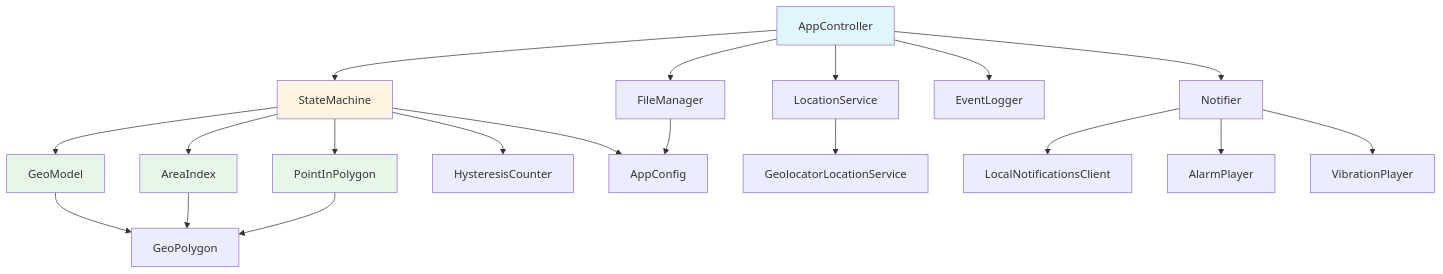
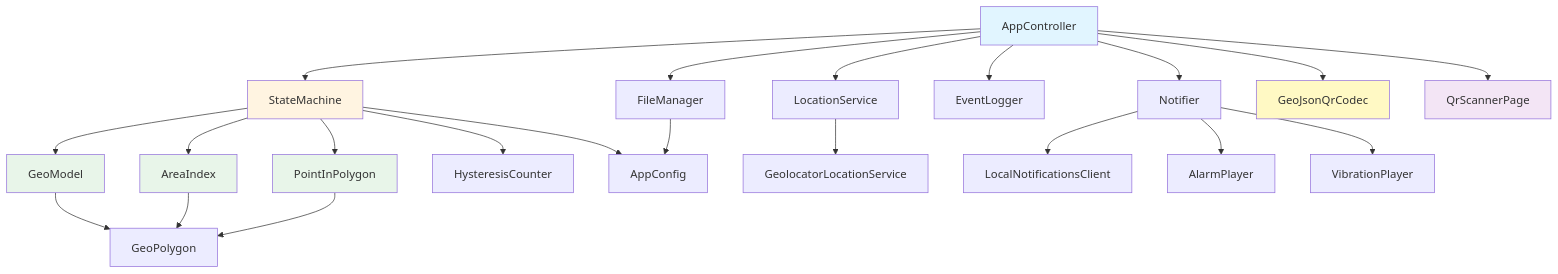
One commit to nanigasi-san/Argus changed the second of 3 diagrams in docs/spec.md. Above: the diagram before and after it, drawn with Mermaid. The commit also changed other lines of this file and 20 other files, not shown here.

````diff
--- a/docs/spec.md
+++ b/docs/spec.md
@@ -331,32 +352,37 @@
 ```mermaid
 graph TD
     A[AppController] --> B[StateMachine]
     A --> C[LocationService]
     A --> D[FileManager]
     A --> E[EventLogger]
     A --> F[Notifier]
     
     B --> G[GeoModel]
     B --> H[AreaIndex]
     B --> I[PointInPolygon]
     B --> J[HysteresisCounter]
     B --> K[AppConfig]
     
     G --> L[GeoPolygon]
     H --> L
     I --> L
     
     C --> M[GeolocatorLocationService]
     
     F --> N[LocalNotificationsClient]
     F --> O[AlarmPlayer]
     F --> P[VibrationPlayer]
     
+    A --> Q[GeoJsonQrCodec]
+    A --> R[QrScannerPage]
+    
     D --> K
     
     style A fill:#e1f5ff
     style B fill:#fff4e1
     style G fill:#e8f5e9
     style H fill:#e8f5e9
     style I fill:#e8f5e9
+    style Q fill:#fff9c4
+    style R fill:#f3e5f5
 ```
````
